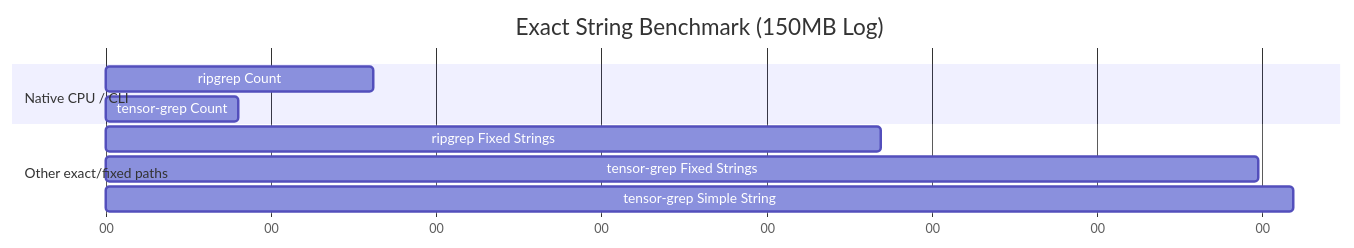
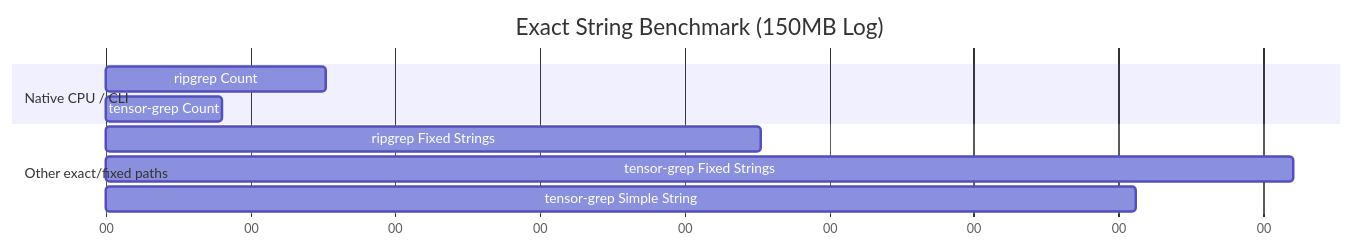
Before and after one commit to oimiragieo/tensor-grep: the third of 3 diagrams in docs/PAPER.md, drawn with Mermaid. The commit also changed other lines of this file and 6 other files, not shown here.

````diff
--- a/docs/PAPER.md
+++ b/docs/PAPER.md
@@ -124,15 +124,15 @@
 ```mermaid
 gantt
     title Exact String Benchmark (150MB Log)
     dateFormat  s
     axisFormat %S
     
     section Native CPU / CLI
-    ripgrep Count              :a1, 0, 0.162s
+    ripgrep Count              :a1, 0, 0.152s
     tensor-grep Count          :a2, 0, 0.080s
     
     section Other exact/fixed paths
-    ripgrep Fixed Strings      :a3, 0, 0.469s
-    tensor-grep Fixed Strings  :a4, 0, 0.698s
-    tensor-grep Simple String  :a5, 0, 0.719s
+    ripgrep Fixed Strings      :a3, 0, 0.453s
+    tensor-grep Fixed Strings  :a4, 0, 0.821s
+    tensor-grep Simple String  :a5, 0, 0.712s
 ```
````
